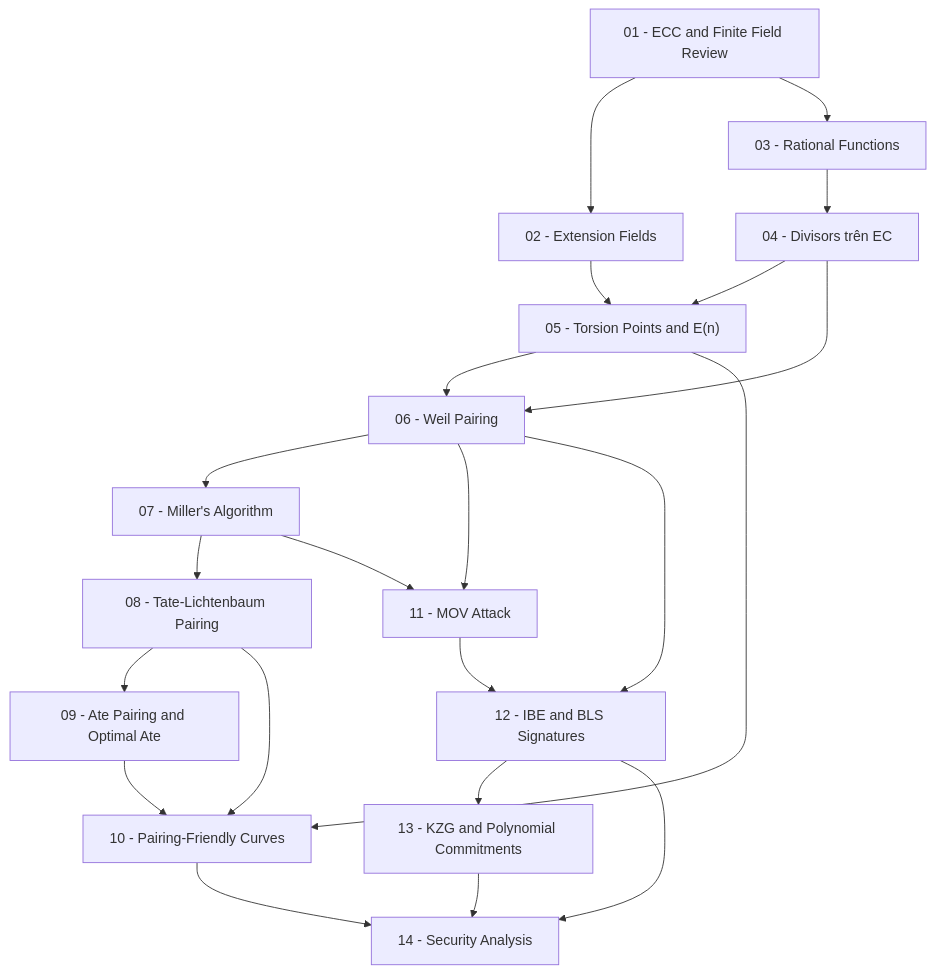
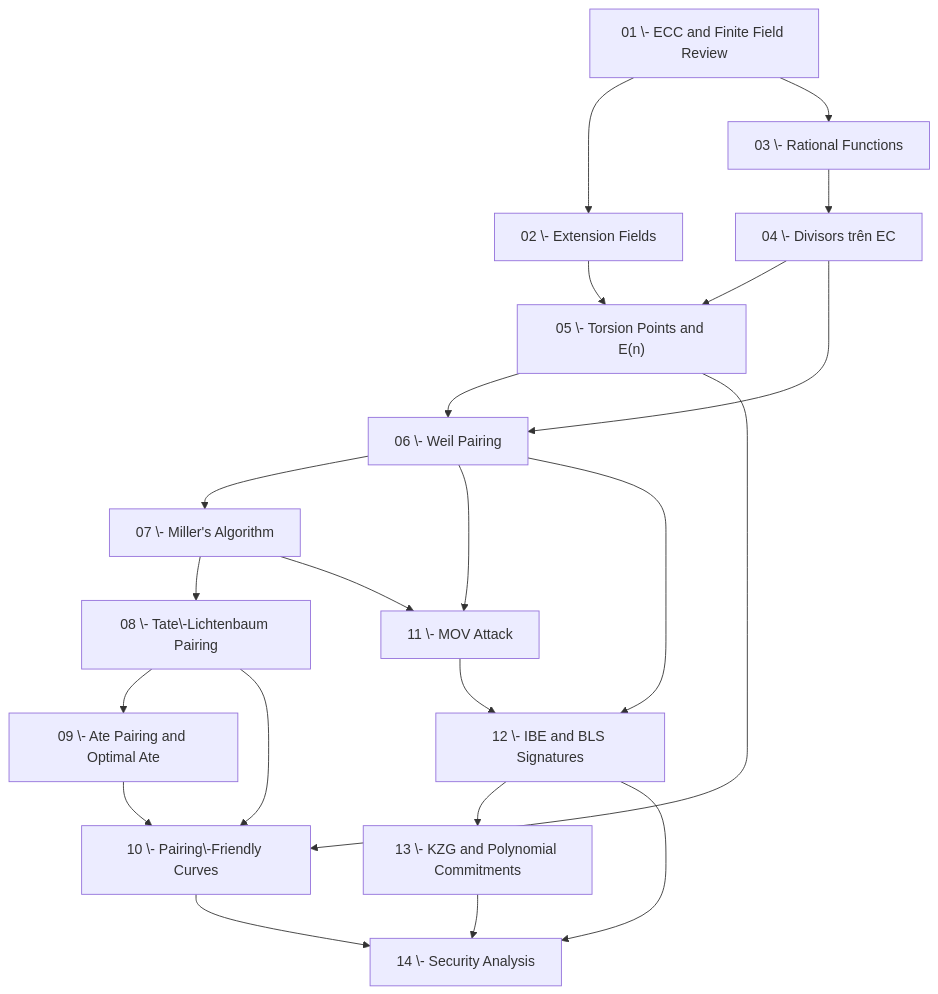
The diagram in content/pairings-on-elliptic-curves/00-roadmap.md (nhatminh65537/kitsu-quartz), drawn with Mermaid before and after one commit. The commit also changed 48 other files, not shown here.

````diff
--- a/content/pairings-on-elliptic-curves/00-roadmap.md
+++ b/content/pairings-on-elliptic-curves/00-roadmap.md
@@ -69,24 +69,24 @@
 ```mermaid
 graph TD
-    L01["01 - ECC and Finite Field Review"] --> L02["02 - Extension Fields"]
-    L01 --> L03["03 - Rational Functions"]
-    L02 --> L05["05 - Torsion Points and E(n)"]
-    L03 --> L04["04 - Divisors trên EC"]
+    L01["01 \- ECC and Finite Field Review"] --> L02["02 \- Extension Fields"]
+    L01 --> L03["03 \- Rational Functions"]
+    L02 --> L05["05 \- Torsion Points and E(n)"]
+    L03 --> L04["04 \- Divisors trên EC"]
     L04 --> L05
-    L04 --> L06["06 - Weil Pairing"]
+    L04 --> L06["06 \- Weil Pairing"]
     L05 --> L06
-    L06 --> L07["07 - Miller's Algorithm"]
-    L06 --> L11["11 - MOV Attack"]
-    L07 --> L08["08 - Tate-Lichtenbaum Pairing"]
+    L06 --> L07["07 \- Miller's Algorithm"]
+    L06 --> L11["11 \- MOV Attack"]
+    L07 --> L08["08 \- Tate\-Lichtenbaum Pairing"]
     L07 --> L11
-    L08 --> L09["09 - Ate Pairing and Optimal Ate"]
-    L08 --> L10["10 - Pairing-Friendly Curves"]
+    L08 --> L09["09 \- Ate Pairing and Optimal Ate"]
+    L08 --> L10["10 \- Pairing\-Friendly Curves"]
     L05 --> L10
     L09 --> L10
-    L11 --> L12["12 - IBE and BLS Signatures"]
+    L11 --> L12["12 \- IBE and BLS Signatures"]
     L06 --> L12
-    L10 --> L14["14 - Security Analysis"]
-    L12 --> L13["13 - KZG and Polynomial Commitments"]
+    L10 --> L14["14 \- Security Analysis"]
+    L12 --> L13["13 \- KZG and Polynomial Commitments"]
     L12 --> L14
     L13 --> L14
 ```
````
